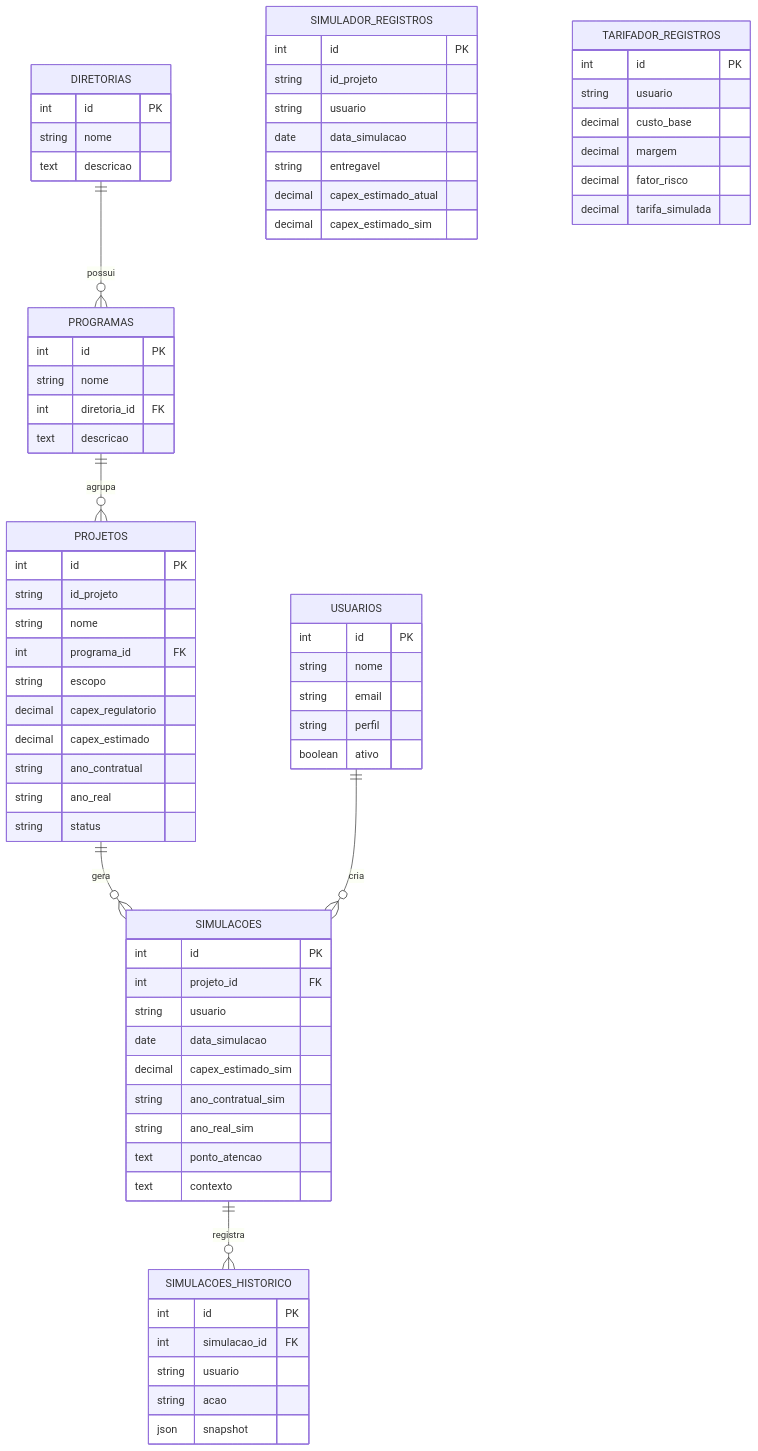
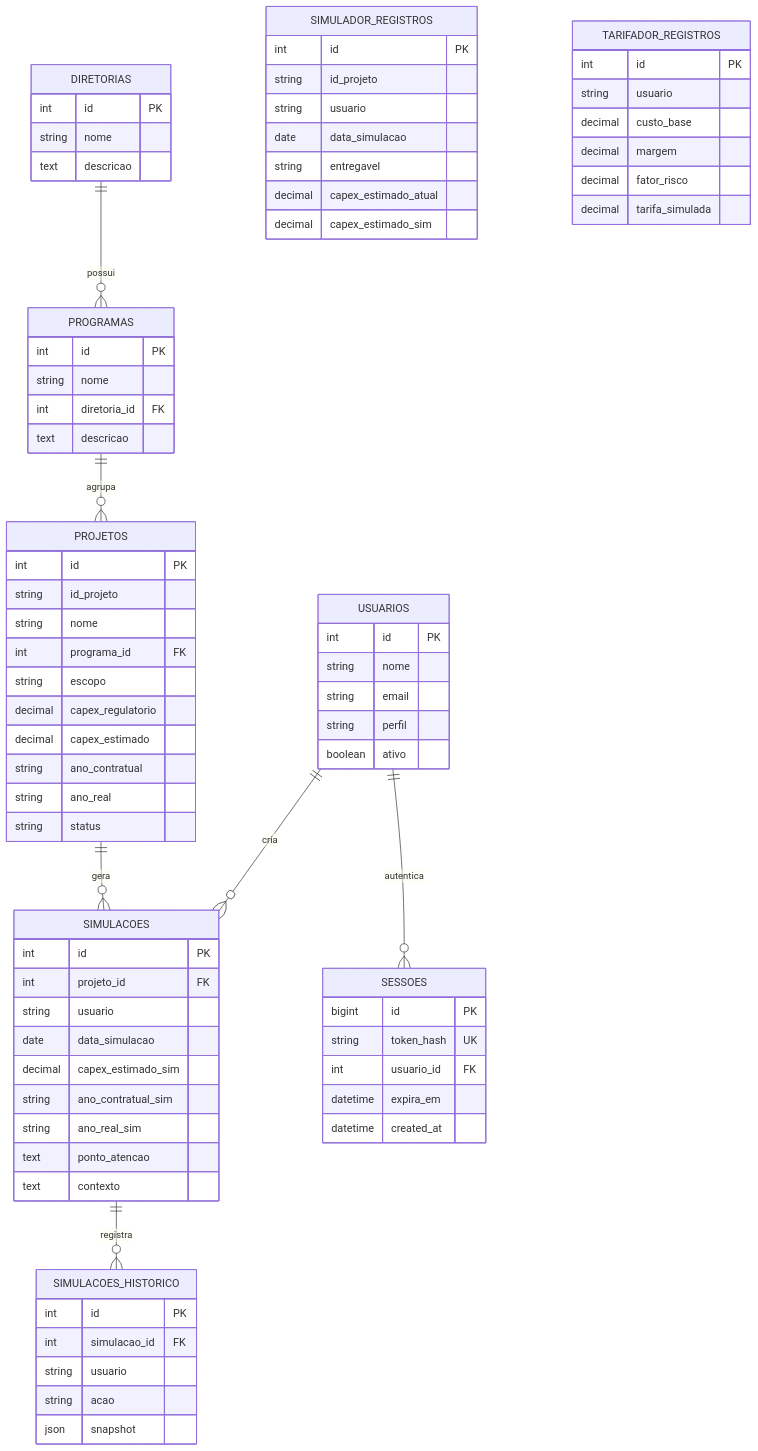
The diagram in database/README.md (klebermurillo/PortalDePlanejamentoDeObras), drawn with Mermaid before and after one commit. The commit also changed other lines of this file and 20 other files, not shown here.

````diff
--- a/database/README.md
+++ b/database/README.md
@@ -13,74 +13,82 @@
 ```mermaid
 erDiagram
     DIRETORIAS ||--o{ PROGRAMAS : possui
     PROGRAMAS ||--o{ PROJETOS : agrupa
     PROJETOS ||--o{ SIMULACOES : gera
     SIMULACOES ||--o{ SIMULACOES_HISTORICO : registra
     USUARIOS ||--o{ SIMULACOES : cria
+    USUARIOS ||--o{ SESSOES : autentica
 
     DIRETORIAS {
         int id PK
         string nome
         text descricao
     }
     PROGRAMAS {
         int id PK
         string nome
         int diretoria_id FK
         text descricao
     }
     PROJETOS {
         int id PK
         string id_projeto
         string nome
         int programa_id FK
         string escopo
         decimal capex_regulatorio
         decimal capex_estimado
         string ano_contratual
         string ano_real
         string status
     }
     SIMULACOES {
         int id PK
         int projeto_id FK
         string usuario
         date data_simulacao
         decimal capex_estimado_sim
         string ano_contratual_sim
         string ano_real_sim
         text ponto_atencao
         text contexto
     }
     SIMULACOES_HISTORICO {
         int id PK
         int simulacao_id FK
         string usuario
         string acao
         json snapshot
     }
     USUARIOS {
         int id PK
         string nome
         string email
         string perfil
         boolean ativo
     }
+    SESSOES {
+        bigint id PK
+        string token_hash UK
+        int usuario_id FK
+        datetime expira_em
+        datetime created_at
+    }
     SIMULADOR_REGISTROS {
         int id PK
         string id_projeto
         string usuario
         date data_simulacao
         string entregavel
         decimal capex_estimado_atual
         decimal capex_estimado_sim
     }
     TARIFADOR_REGISTROS {
         int id PK
         string usuario
         decimal custo_base
         decimal margem
         decimal fator_risco
         decimal tarifa_simulada
     }
 ```
````
